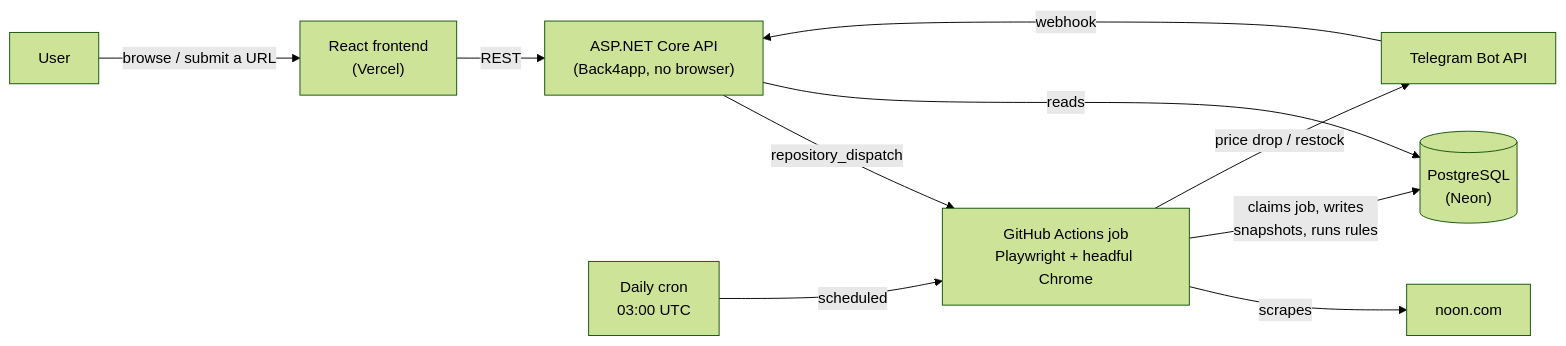
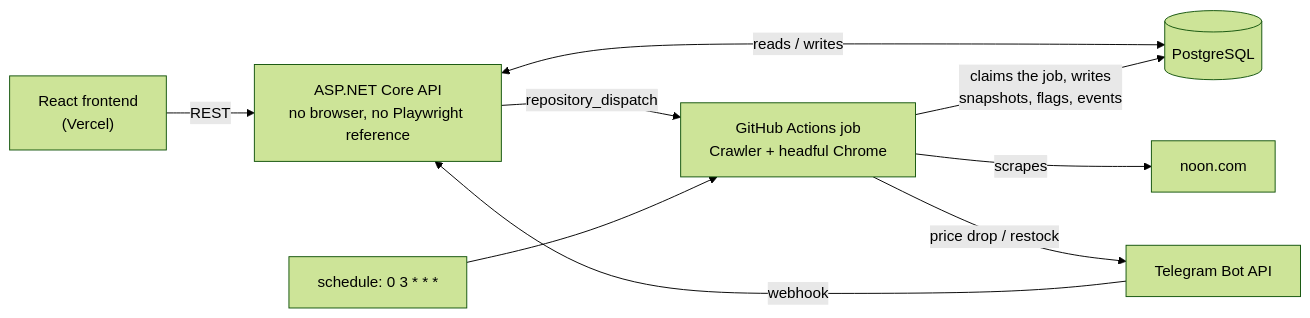
Before and after one commit to alieldeenahmed/Noon-Scraper: the first of 2 diagrams in README.md, drawn with Mermaid (forest theme). The commit also changed other lines of this file and 1 other file, not shown here.

````diff
--- a/README.md
+++ b/README.md
@@ -17,12 +60,11 @@
 ```mermaid
 flowchart LR
-    User -->|browse / submit a URL| FE["React frontend<br/>(Vercel)"]
-    FE -->|REST| API["ASP.NET Core API<br/>(Back4app, no browser)"]
-    API -->|repository_dispatch| GHA["GitHub Actions job<br/>Playwright + headful Chrome"]
-    Cron["Daily cron<br/>03:00 UTC"] -->|scheduled| GHA
-    GHA -->|scrapes| Noon[noon.com]
-    GHA -->|claims job, writes<br/>snapshots, runs rules| DB[("PostgreSQL<br/>(Neon)")]
-    API -->|reads| DB
+    FE["React frontend<br/>(Vercel)"] -->|REST| API["ASP.NET Core API<br/>no browser, no Playwright reference"]
+    API <-->|reads / writes| DB[("PostgreSQL")]
+    API -->|repository_dispatch| GHA["GitHub Actions job<br/>Crawler + headful Chrome"]
+    CRON["schedule: 0 3 * * *"] --> GHA
+    GHA -->|claims the job, writes<br/>snapshots, flags, events| DB
+    GHA -->|scrapes| NOON[noon.com]
     GHA -->|price drop / restock| TG[Telegram Bot API]
     TG -->|webhook| API
 ```
````
